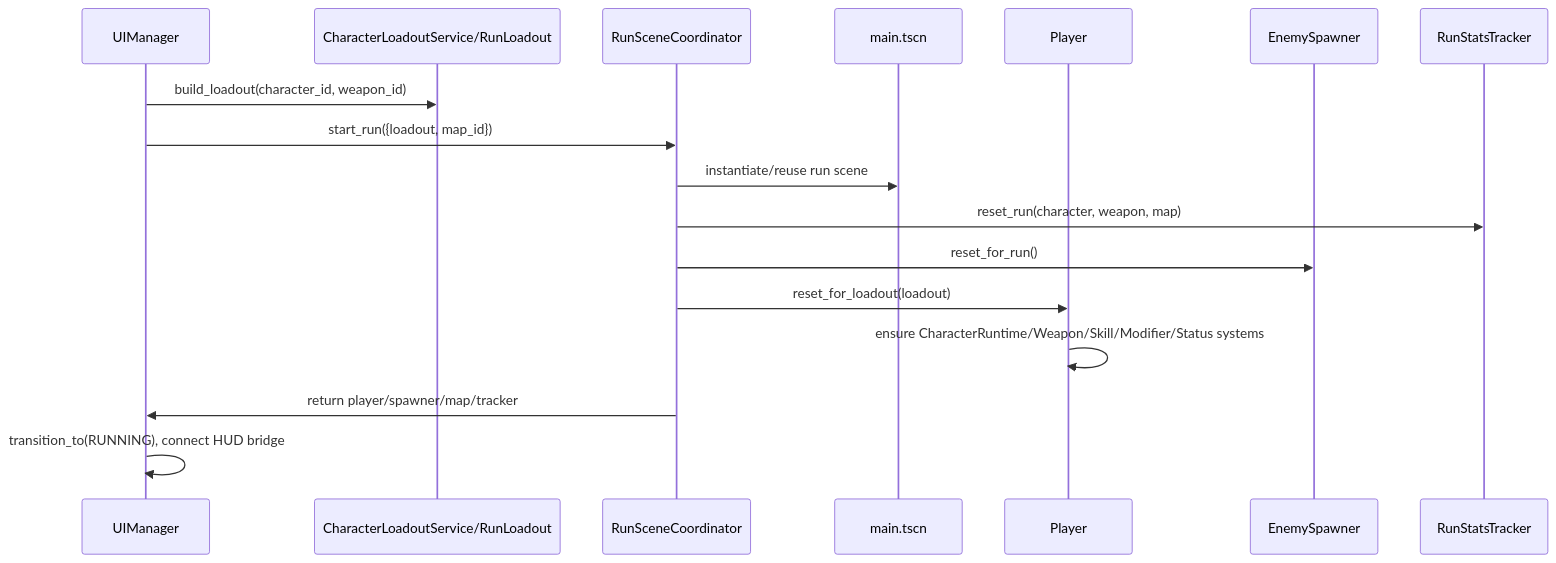
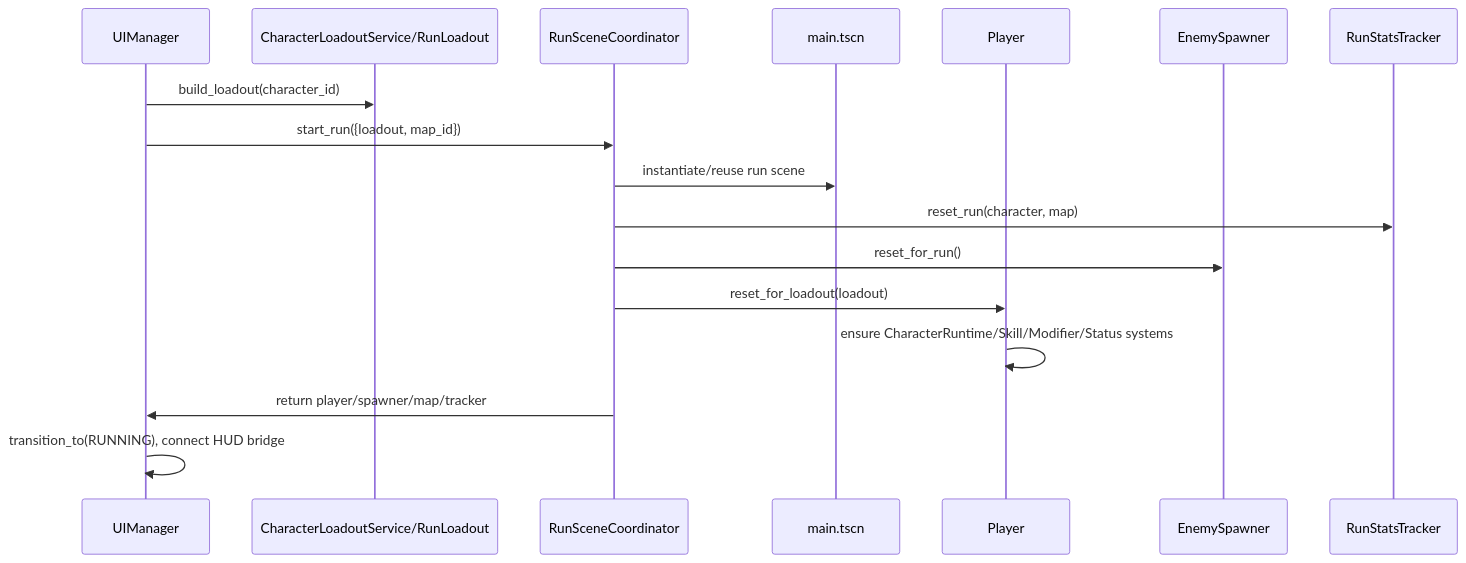
The third of 8 diagrams in docs/PROJECT_SYSTEMS_OVERVIEW.md (dengjunxicool-ai/roguelike_survivor), drawn with Mermaid before and after one commit. The commit also changed 9 other files, not shown here.

````diff
--- a/docs/PROJECT_SYSTEMS_OVERVIEW.md
+++ b/docs/PROJECT_SYSTEMS_OVERVIEW.md
@@ -72,20 +72,20 @@
 ```mermaid
 sequenceDiagram
     participant UI as UIManager
     participant Loadout as CharacterLoadoutService/RunLoadout
     participant Coord as RunSceneCoordinator
     participant Main as main.tscn
     participant Player as Player
     participant Spawner as EnemySpawner
     participant Tracker as RunStatsTracker
 
-    UI->>Loadout: build_loadout(character_id, weapon_id)
+    UI->>Loadout: build_loadout(character_id)
     UI->>Coord: start_run({loadout, map_id})
     Coord->>Main: instantiate/reuse run scene
-    Coord->>Tracker: reset_run(character, weapon, map)
+    Coord->>Tracker: reset_run(character, map)
     Coord->>Spawner: reset_for_run()
     Coord->>Player: reset_for_loadout(loadout)
-    Player->>Player: ensure CharacterRuntime/Weapon/Skill/Modifier/Status systems
+    Player->>Player: ensure CharacterRuntime/Skill/Modifier/Status systems
     Coord->>UI: return player/spawner/map/tracker
     UI->>UI: transition_to(RUNNING), connect HUD bridge
 ```
````
